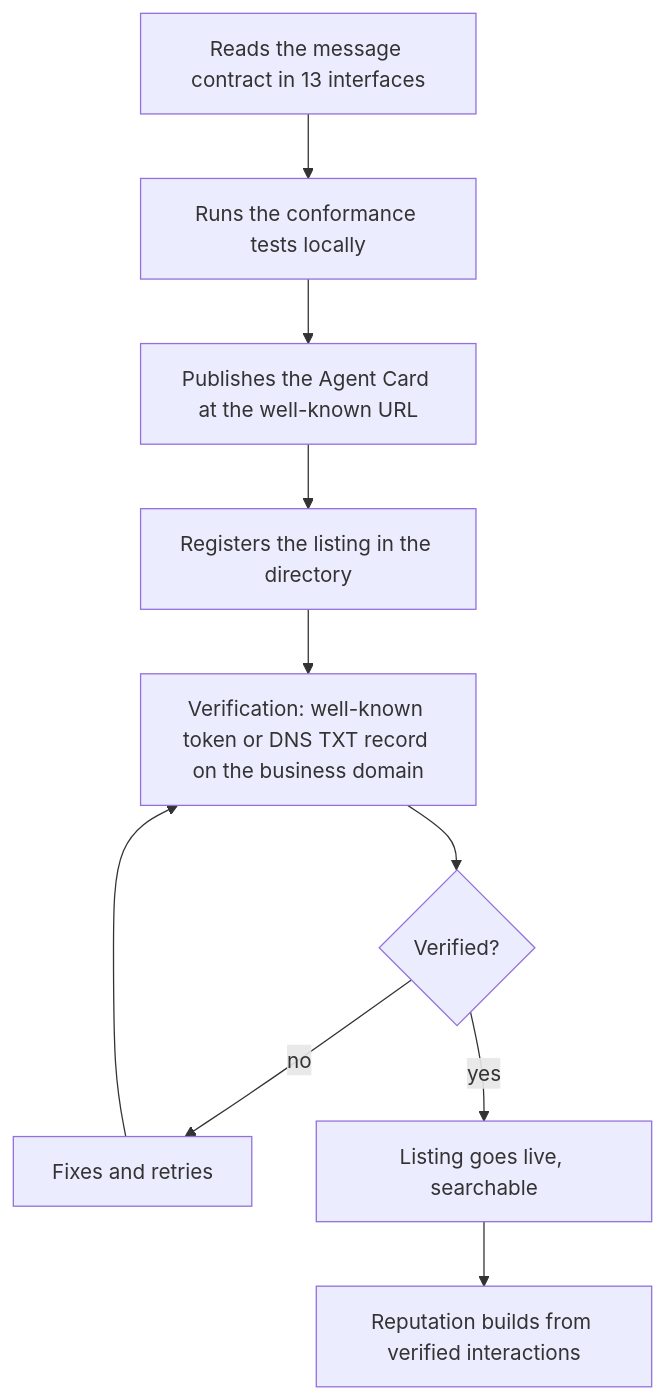
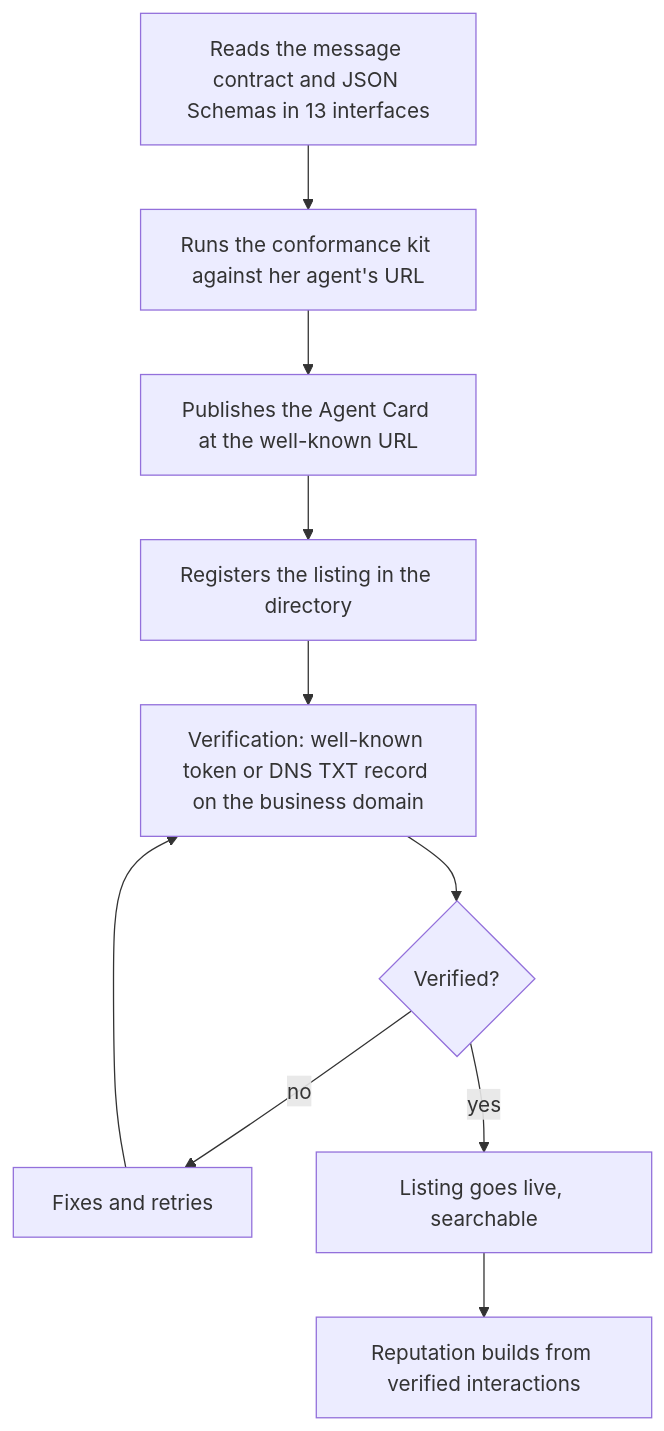
The fifth of 6 diagrams in docs/sad/04-stakeholders-and-personas.md (Jannisar01/hitchpost), drawn with Mermaid before and after one commit. The commit also changed other lines of this file and 23 other files, not shown here.

````diff
--- a/docs/sad/04-stakeholders-and-personas.md
+++ b/docs/sad/04-stakeholders-and-personas.md
@@ -149,12 +174,12 @@
 ```mermaid
 flowchart TD
-    P1[Reads the message contract in 13 interfaces] --> P2[Runs the conformance tests locally]
+    P1[Reads the message contract and JSON Schemas in 13 interfaces] --> P2[Runs the conformance kit against her agent's URL]
     P2 --> P3[Publishes the Agent Card at the well-known URL]
     P3 --> P4[Registers the listing in the directory]
     P4 --> P5[Verification: well-known token or DNS TXT record on the business domain]
     P5 --> P6{Verified?}
     P6 -- no --> P7[Fixes and retries]
     P7 --> P5
     P6 -- yes --> P8[Listing goes live, searchable]
     P8 --> P9[Reputation builds from verified interactions]
 ```
````
